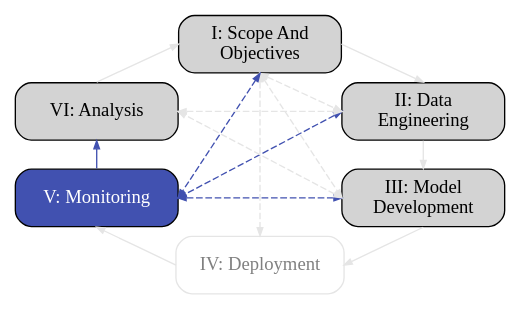
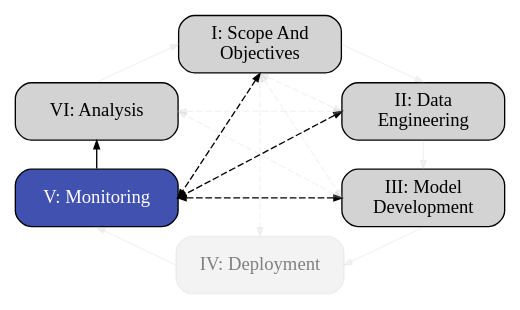
Before and after one commit to aria-ml/dataeval: the sixth of 7 diagrams in docs/ml_lifecycle.rst, drawn with Graphviz. The commit also changed other lines of this file and 2 other files, not shown here.

```diff
--- a/docs/ml_lifecycle.rst
+++ b/docs/ml_lifecycle.rst
@@ -268,30 +268,30 @@
 .. graphviz::
    
    digraph flowchart {
       node [shape=box,width=1.7,height=0.6]
       edge [arrowsize=0.6]
       layout="neato"
 
       1 [label="I: Scope And\nObjectives",style="rounded,filled",pos="1.7,2.5!",xref=":ref:`scope-objectives`"]
       2 [label="II: Data\nEngineering",style="rounded,filled",pos="3.4,1.8!",xref=":ref:`data-engineering`"]
       3 [label="III: Model\nDevelopment",style="rounded,filled",pos="3.4,0.9!",xref=":ref:`model-development`"]
-      4 [label="IV: Deployment",style="rounded,filled",pos="1.7,0.2!",xref=":ref:`deployment`",fontcolor="gray",color="gray90",fillcolor="white"]
+      4 [label="IV: Deployment",style="rounded,filled",pos="1.7,0.2!",xref=":ref:`deployment`",fontcolor="gray",color="#C0C0C030",fillcolor="#C0C0C030"]
       5 [label="V: Monitoring",style="rounded,filled",pos="0.0,0.9!",fillcolor="#4151B0",fontcolor="white"]
       6 [label="VI: Analysis",style="rounded,filled",pos="0.0,1.8!",xref=":ref:`analysis`"]
       
-      1:e->2:n [color="gray90"]
-      2:s->3:n [color="gray90"]
-      3:s->4:e [color="gray90"]
-      4:w->5:s [color="gray90"]
-      5:n->6:s [color="#4151B0"]
-      6:n->1:w [color="gray90"]
+      1:e->2:n [color="#C0C0C030",fillcolor="#C0C0C030"]
+      2:s->3:n [color="#C0C0C030",fillcolor="#C0C0C030"]
+      3:s->4:e [color="#C0C0C030",fillcolor="#C0C0C030"]
+      4:w->5:s [color="#C0C0C030",fillcolor="#C0C0C030"]
+      5:n->6:s
+      6:n->1:w [color="#C0C0C030",fillcolor="#C0C0C030"]
 
-      1:s->3:w [dir=both,style=dashed,color="gray90"]
-      1:s->4:n [dir=both,style=dashed,color="gray90"]
-      1:s->5:e [dir=both,style=dashed,color="#4151B0"]
-      1:s->2:w [dir=both,style=dashed,color="gray90"]
-      2:w->5:e [dir=both,style=dashed,color="#4151B0"]
-      2:w->6:e [dir=both,style=dashed,color="gray90"]
-      3:w->5:e [dir=both,style=dashed,color="#4151B0"]
-      3:w->6:e [dir=both,style=dashed,color="gray90"]
+      1:s->3:w [dir=both,style=dashed,color="#C0C0C030",fillcolor="#C0C0C030"]
+      1:s->4:n [dir=both,style=dashed,color="#C0C0C030",fillcolor="#C0C0C030"]
+      1:s->5:e [dir=both,style=dashed]
+      1:s->2:w [dir=both,style=dashed,color="#C0C0C030",fillcolor="#C0C0C030"]
+      2:w->5:e [dir=both,style=dashed]
+      2:w->6:e [dir=both,style=dashed,color="#C0C0C030",fillcolor="#C0C0C030"]
+      3:w->5:e [dir=both,style=dashed]
+      3:w->6:e [dir=both,style=dashed,color="#C0C0C030",fillcolor="#C0C0C030"]
    }
```
